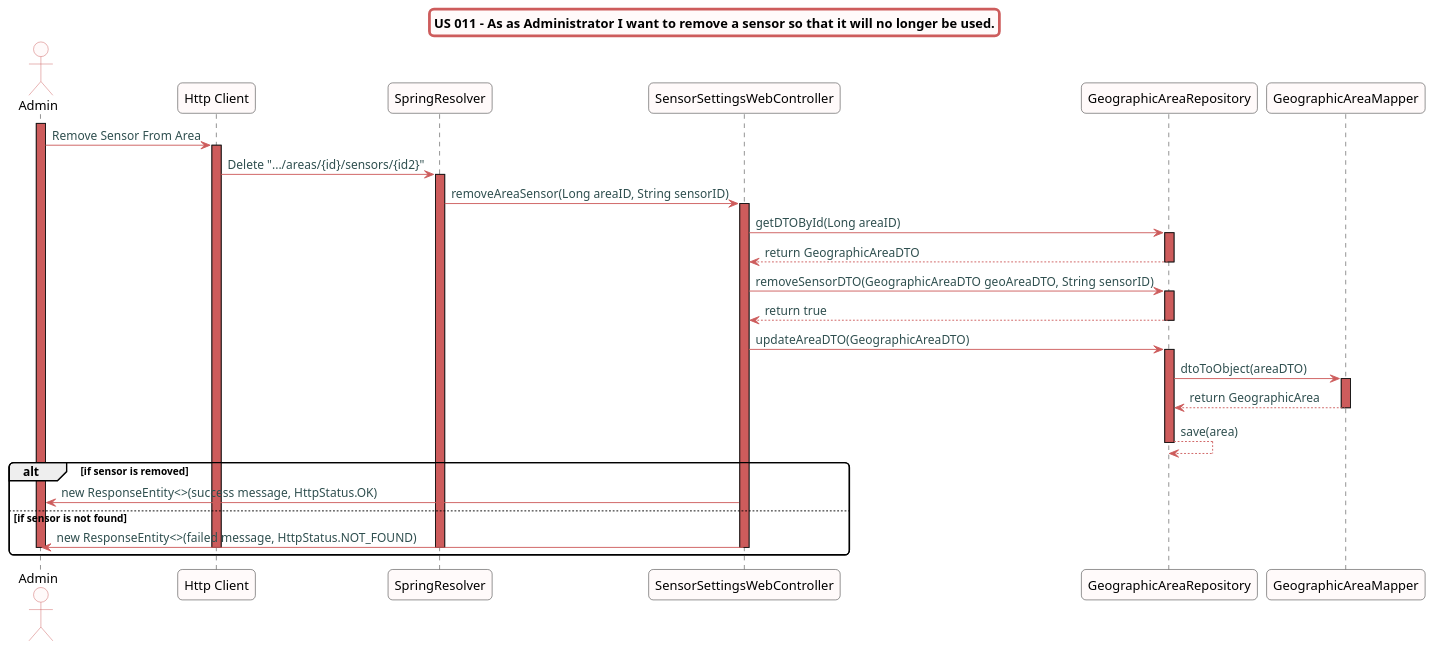
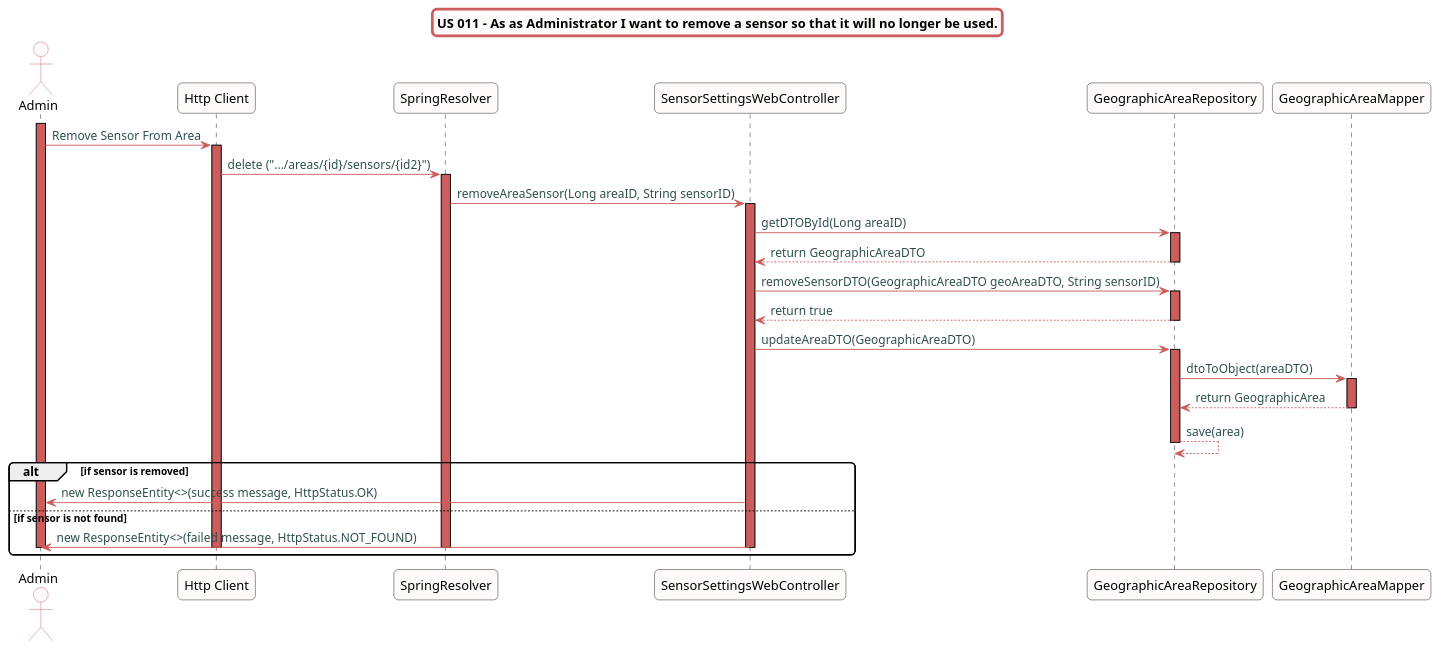
One commit to Almadanmp/project changed the diagram in src/doc/WEB_Controllers/SensorSettings/US011/US011_sd_SensorSettingsWebController.puml. Above: the diagram before and after it, drawn with PlantUML.

Commit message:
REF #374 plantUml small syntax corrected

```diff
--- a/src/doc/WEB_Controllers/SensorSettings/US011/US011_sd_SensorSettingsWebController.puml
+++ b/src/doc/WEB_Controllers/SensorSettings/US011/US011_sd_SensorSettingsWebController.puml
@@ -1,63 +1,63 @@
 @startuml
 skinparam titleBorderRoundCorner 10
 skinparam titleBorderThickness 3
 skinparam titleBorderColor indianred
 skinparam titleBackgroundColor snow
 skinparam FontName quicksand
 
 skinparam actor {
  	BorderColor indianred
  	backgroundColor Snow
  	}
 
  skinparam sequence {
  	LifeLineBackgroundColor indianred
  	ParticipantBackgroundColor snow
 }
 
  skinparam roundcorner 10
 
  skinparam component {
    arrowThickness 1
    ArrowFontName Verdana
    ArrowColor indianred
    ArrowFontColor darkslategrey
  }
 title US 011 - As as Administrator I want to remove a sensor so that it will no longer be used.
 
 actor "Admin"
 activate "Admin"
 "Admin" -> "Http Client": Remove Sensor From Area
 activate "Http Client"
-"Http Client" -> "SpringResolver": Delete ".../areas/{id}/sensors/{id2}"
+"Http Client" -> "SpringResolver": delete (".../areas/{id}/sensors/{id2}")
 activate "SpringResolver"
 "SpringResolver" -> "SensorSettingsWebController":  removeAreaSensor(Long areaID, String sensorID)
 activate "SensorSettingsWebController"
 "SensorSettingsWebController" -> "GeographicAreaRepository": getDTOById(Long areaID)
 activate "GeographicAreaRepository"
 "GeographicAreaRepository" --> "SensorSettingsWebController": return GeographicAreaDTO
 deactivate "GeographicAreaRepository"
 "SensorSettingsWebController" -> "GeographicAreaRepository": removeSensorDTO(GeographicAreaDTO geoAreaDTO, String sensorID)
 activate "GeographicAreaRepository"
 "GeographicAreaRepository" --> "SensorSettingsWebController": return true
 deactivate "GeographicAreaRepository"
 "SensorSettingsWebController" -> "GeographicAreaRepository": updateAreaDTO(GeographicAreaDTO)
 activate "GeographicAreaRepository"
 "GeographicAreaRepository" -> "GeographicAreaMapper": dtoToObject(areaDTO)
 activate "GeographicAreaMapper"
 "GeographicAreaMapper" --> "GeographicAreaRepository": return GeographicArea
 deactivate "GeographicAreaMapper"
 "GeographicAreaRepository" --> "GeographicAreaRepository": save(area)
 deactivate "GeographicAreaRepository"
 
 alt if sensor is removed
 "SensorSettingsWebController" -> "Admin": new ResponseEntity<>(success message, HttpStatus.OK)
 else if sensor is not found
 "SensorSettingsWebController" -> "Admin": new ResponseEntity<>(failed message, HttpStatus.NOT_FOUND)
 deactivate "SensorSettingsWebController"
 deactivate "SpringResolver"
 deactivate "Http Client"
 deactivate "Admin"
 end
 
 @enduml
```
